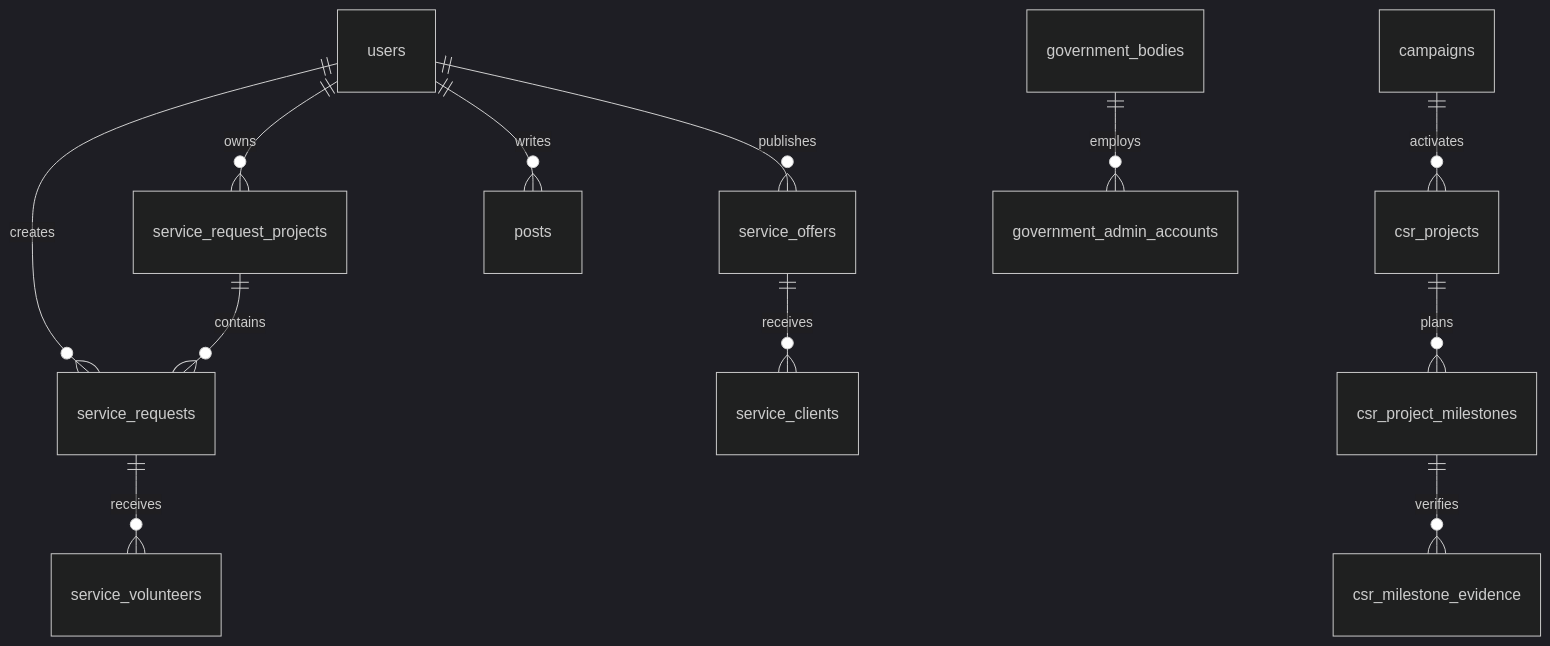
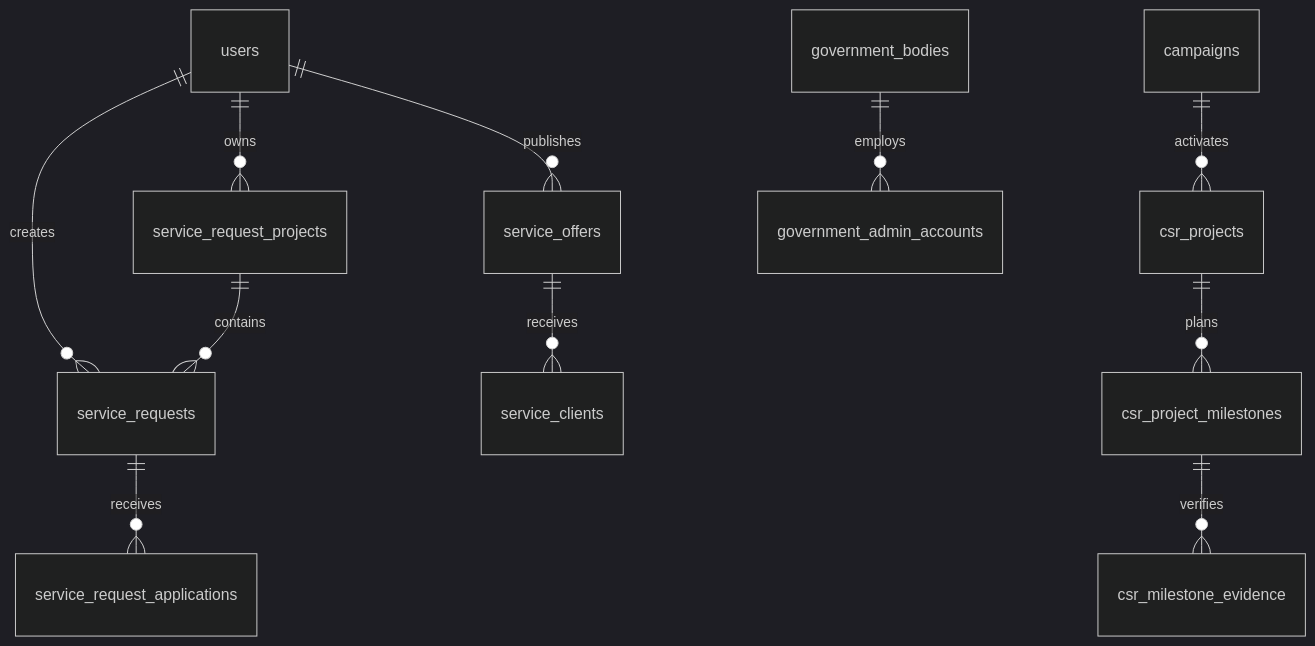
One commit to navadrishti/navadrishti changed the diagram in docs/TECHNICAL_README.md. Above: the diagram before and after it, drawn with Mermaid (dark theme). The commit also changed other lines of this file and 348 other files, not shown here.

````diff
--- a/docs/TECHNICAL_README.md
+++ b/docs/TECHNICAL_README.md
@@ -624,14 +630,13 @@
 ```mermaid
 erDiagram
     users ||--o{ service_request_projects : owns
     users ||--o{ service_requests : creates
     service_request_projects ||--o{ service_requests : contains
-    service_requests ||--o{ service_volunteers : receives
+    service_requests ||--o{ service_request_applications : receives
     users ||--o{ service_offers : publishes
     service_offers ||--o{ service_clients : receives
-    users ||--o{ posts : writes
     campaigns ||--o{ csr_projects : activates
     csr_projects ||--o{ csr_project_milestones : plans
     csr_project_milestones ||--o{ csr_milestone_evidence : verifies
     government_bodies ||--o{ government_admin_accounts : employs
 ```
````
